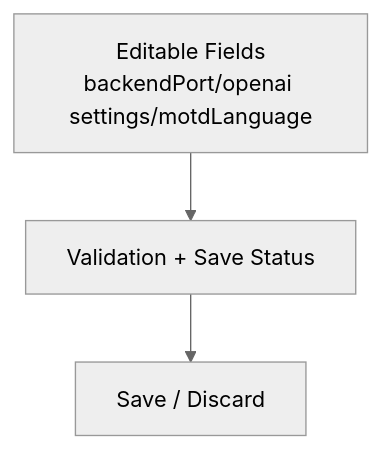
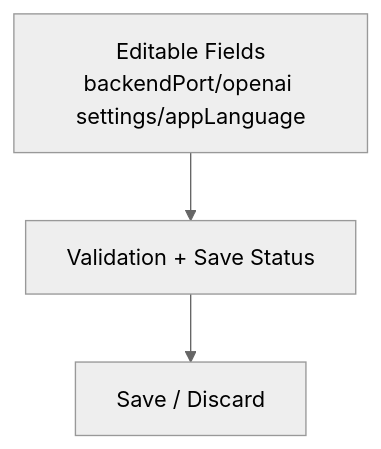
One commit to sustech-cs304/team-project-26spring-26s-29 changed the eighth of 8 diagrams in docs/presentation/design-26s-29.md. Above: the diagram before and after it, drawn with Mermaid (neutral theme). The commit also changed 23 other files, not shown here.

````diff
--- a/docs/presentation/design-26s-29.md
+++ b/docs/presentation/design-26s-29.md
@@ -198,8 +198,8 @@
 ```mermaid
 flowchart TB
-    Fields[Editable Fields\nbackendPort/openai settings/motdLanguage]
+    Fields[Editable Fields\nbackendPort/openai settings/appLanguage]
     Feedback[Validation + Save Status]
     Actions[Save / Discard]
 
     Fields --> Feedback --> Actions
 ```
````
